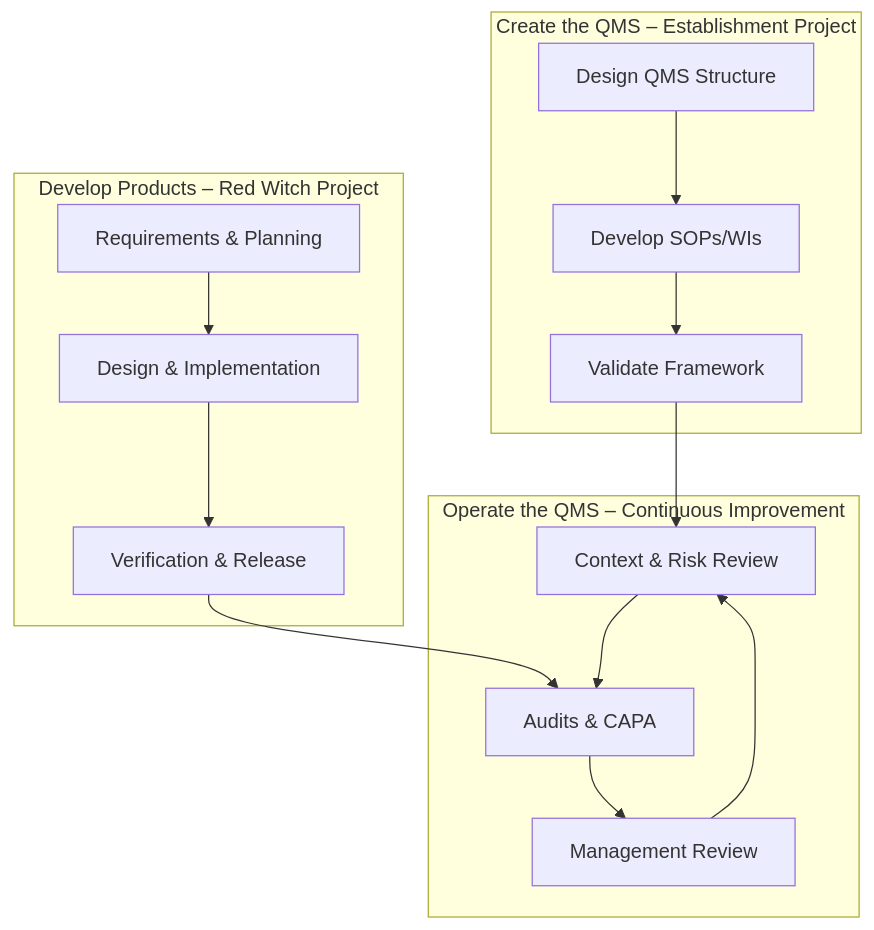
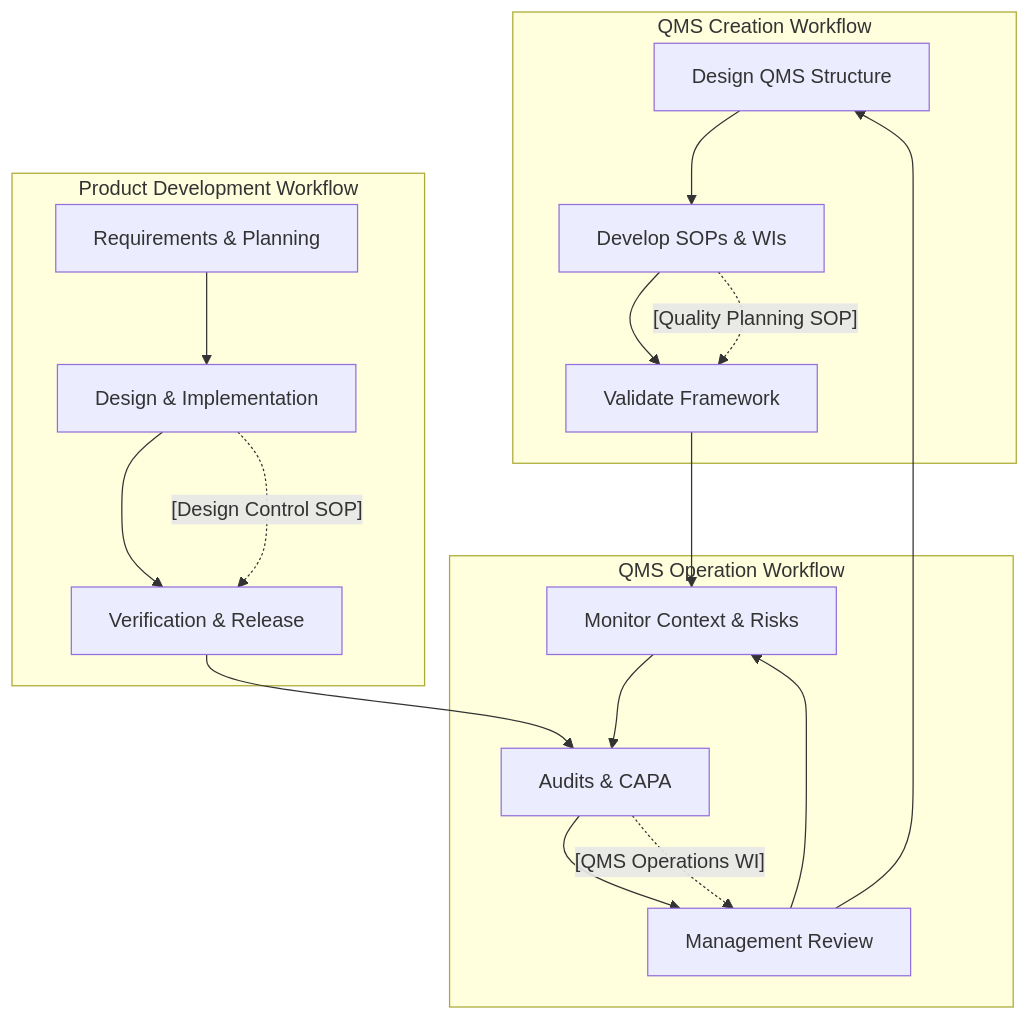
One commit to Floating-Eye-Software/fley-qms changed the third of 3 diagrams in QMS/Process-Map.md. Above: the diagram before and after it, drawn with Mermaid. The commit also changed other lines of this file, not shown here.

Commit message:
restore new process diagram, refs #6

````diff
--- a/QMS/Process-Map.md
+++ b/QMS/Process-Map.md
@@ -81,16 +142,34 @@
 ```mermaid
 flowchart TD
-    subgraph Operate[Operate the QMS – Continuous Improvement]
-        A1[Context & Risk Review] --> A2[Audits & CAPA]
-        A2 --> A3[Management Review]
-        A3 --> A1
+    %% --- QMS Workflows Overview ---
+    subgraph Create[QMS Creation Workflow]
+        C1[Design QMS Structure]
+        C2[Develop SOPs & WIs]
+        C3[Validate Framework]
+        C1 --> C2 --> C3
     end
-    subgraph Create[Create the QMS – Establishment Project]
-        B1[Design QMS Structure] --> B2[Develop SOPs/WIs] --> B3[Validate Framework]
-        B3 --> A1
+
+    subgraph Operate[QMS Operation Workflow]
+        O1[Monitor Context & Risks]
+        O2[Audits & CAPA]
+        O3[Management Review]
+        O1 --> O2 --> O3 --> O1
     end
-    subgraph Develop[Develop Products – Red Witch Project]
-        C1[Requirements & Planning] --> C2[Design & Implementation] --> C3[Verification & Release]
-        C3 --> A2
+
+    subgraph Develop[Product Development Workflow]
+        D1[Requirements & Planning]
+        D2[Design & Implementation]
+        D3[Verification & Release]
+        D1 --> D2 --> D3
     end
+
+    %% --- Interactions Between Workflows ---
+    C3 --> O1
+    D3 --> O2
+    O3 --> C1
+
+    %% --- SOP references ---
+    C2 -.->|"[Quality Planning SOP]"| C3
+    O2 -.->|"[QMS Operations WI]"| O3
+    D2 -.->|"[Design Control SOP]"| D3
 ```
````
